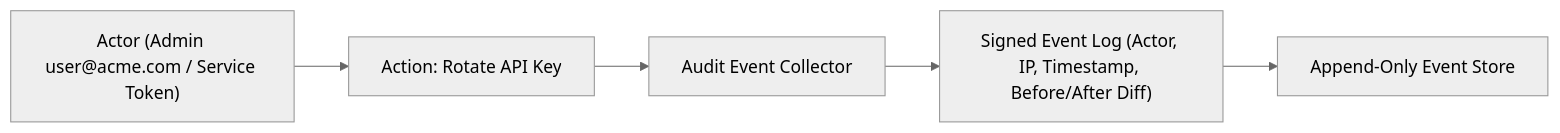
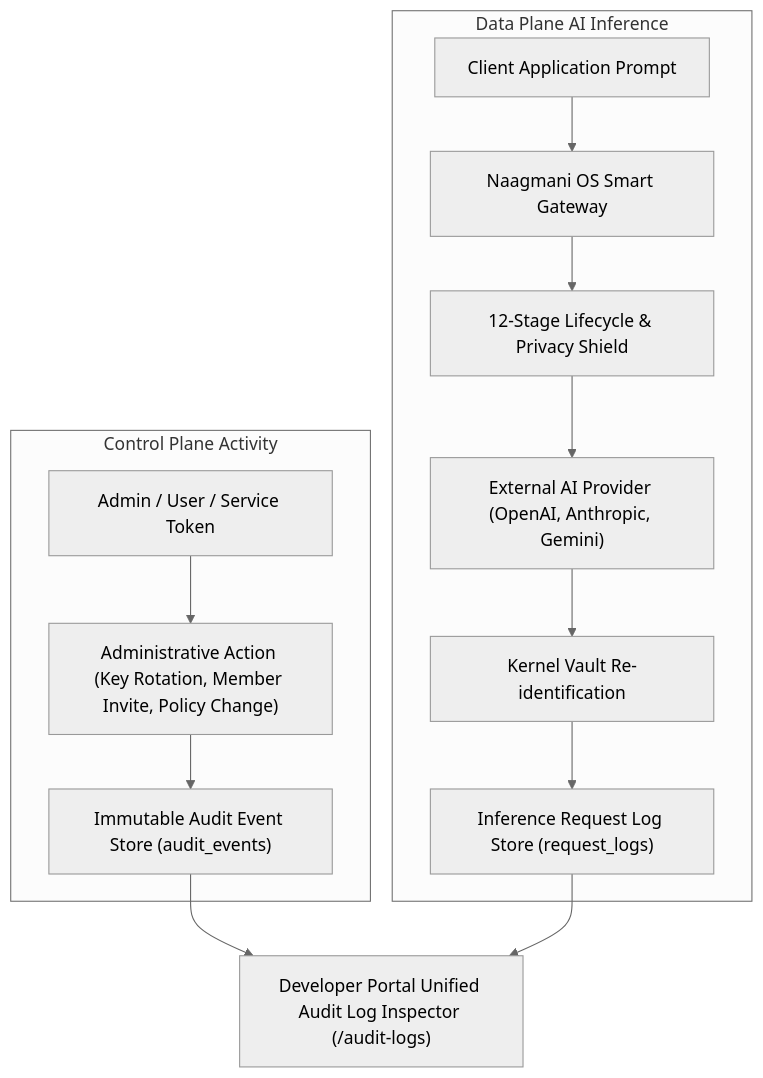
One commit to bhakha-services/naagmani-docs changed the first of 3 diagrams in docs/developer-portal/operations/audit-logs.md. Above: the diagram before and after it, drawn with Mermaid (neutral theme). The commit also changed other lines of this file and 38 other files, not shown here.

Commit message:
docs: add comprehensive documentation for plugins, SDKs, developer portal, and UI components

````diff
--- a/docs/developer-portal/operations/audit-logs.md
+++ b/docs/developer-portal/operations/audit-logs.md
@@ -14,7 +14,18 @@
 ```mermaid
-graph LR
-    Actor["Actor (Admin user@acme.com / Service Token)"] --> Action["Action: Rotate API Key"]
-    Action --> Gateway["Audit Event Collector"]
-    Gateway --> Record["Signed Event Log (Actor, IP, Timestamp, Before/After Diff)"]
-    Record --> Storage["Append-Only Event Store"]
+graph TD
+    subgraph Control_Plane["Control Plane Activity"]
+        A1["Admin / User / Service Token"] --> A2["Administrative Action (Key Rotation, Member Invite, Policy Change)"]
+        A2 --> A3["Immutable Audit Event Store (audit_events)"]
+    end
+
+    subgraph Data_Plane["Data Plane AI Inference"]
+        D1["Client Application Prompt"] --> D2["Naagmani OS Smart Gateway"]
+        D2 --> D3["12-Stage Lifecycle & Privacy Shield"]
+        D3 --> D4["External AI Provider (OpenAI, Anthropic, Gemini)"]
+        D4 --> D5["Kernel Vault Re-identification"]
+        D5 --> D6["Inference Request Log Store (request_logs)"]
+    end
+
+    A3 --> Portal["Developer Portal Unified Audit Log Inspector (/audit-logs)"]
+    D6 --> Portal
 ```
````
